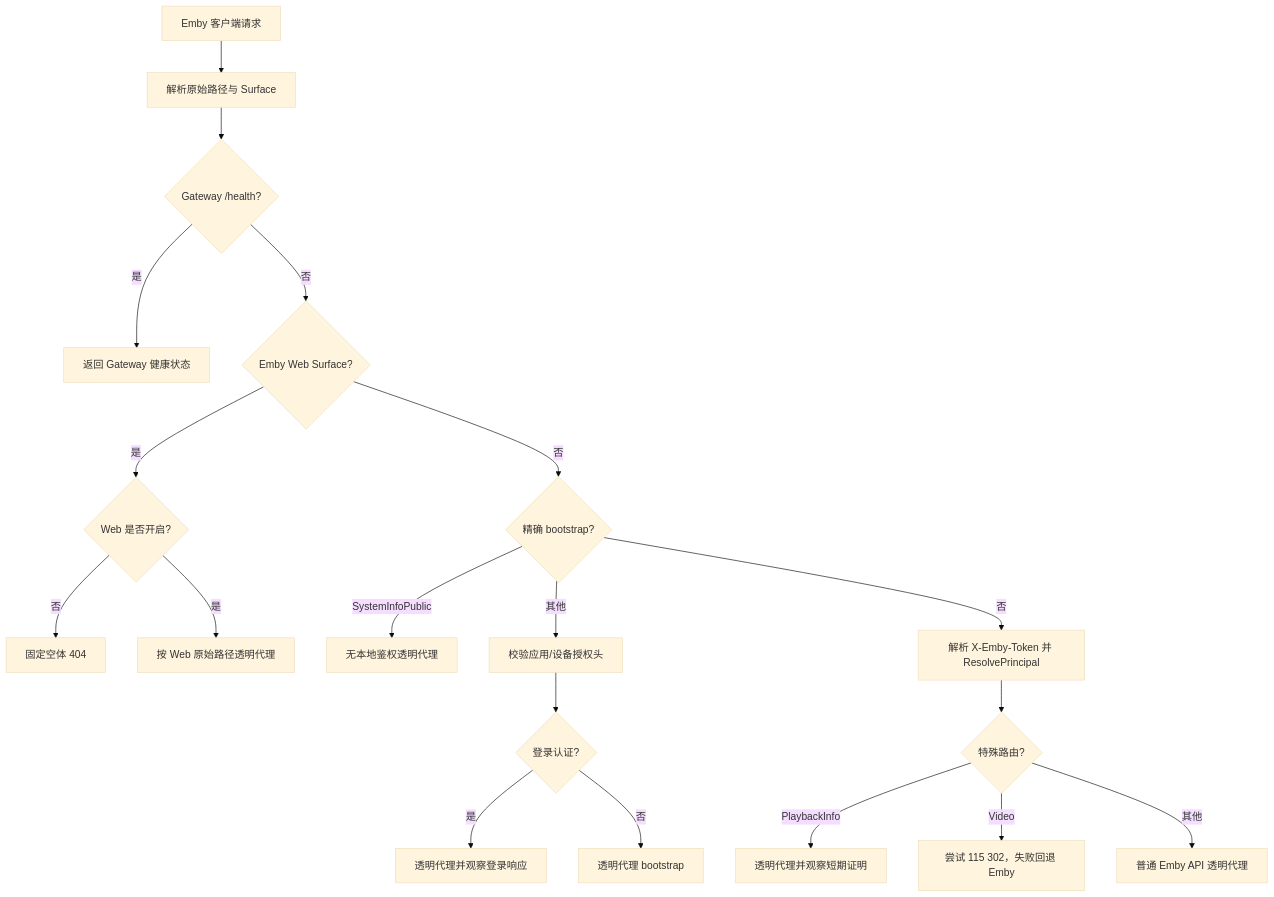
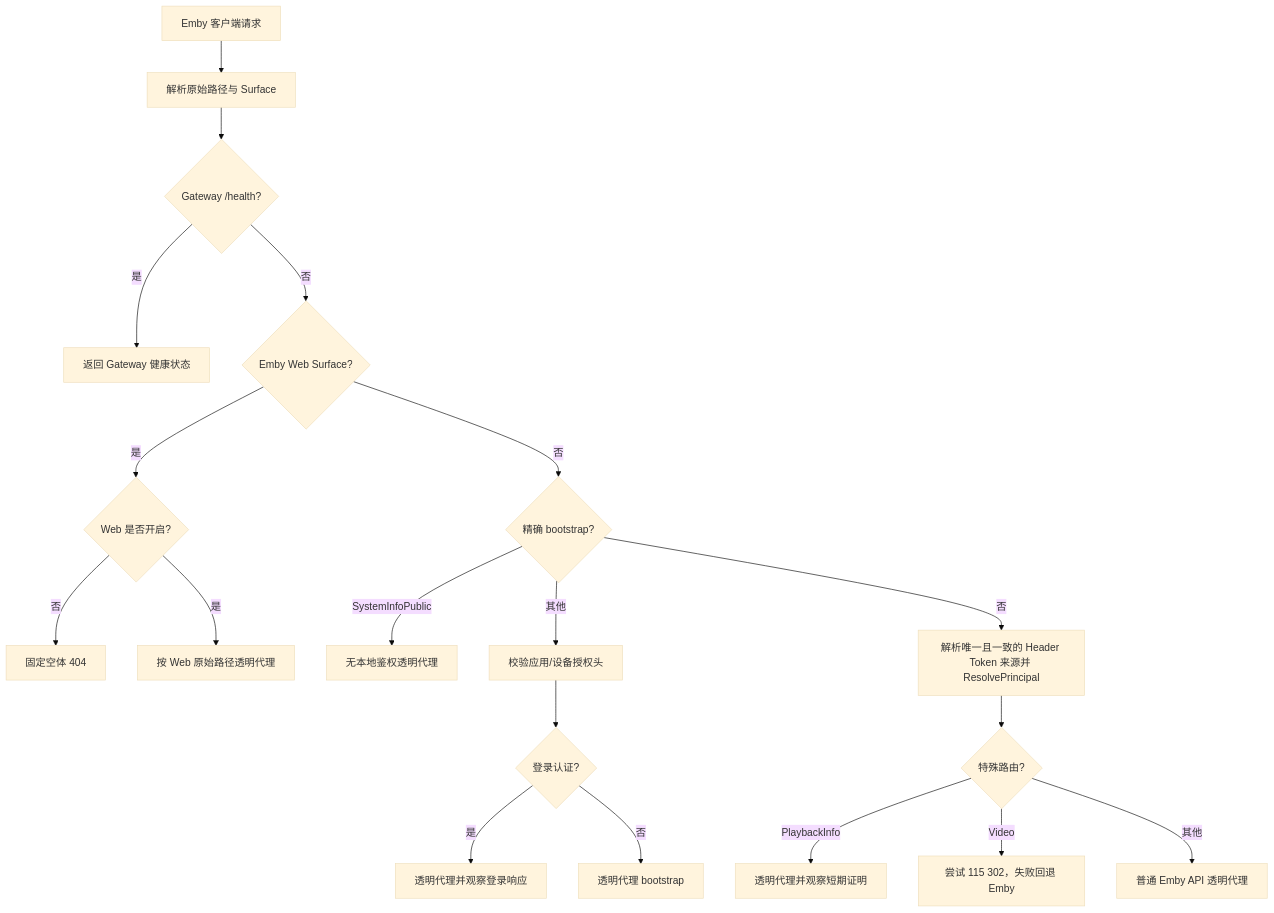
The first of 2 diagrams in docs/plan/architecture/ember-gateway-transparent-proxy-and-web-access.md (konghanghang/ember), drawn with Mermaid (base theme) before and after one commit. The commit also changed other lines of this file and 8 other files, not shown here.

````diff
--- a/docs/plan/architecture/ember-gateway-transparent-proxy-and-web-access.md
+++ b/docs/plan/architecture/ember-gateway-transparent-proxy-and-web-access.md
@@ -113,21 +116,21 @@
 ```mermaid
 flowchart TD
     Client[Emby 客户端请求] --> Normalize[解析原始路径与 Surface]
     Normalize --> Health{Gateway /health?}
     Health -- 是 --> HealthResponse[返回 Gateway 健康状态]
     Health -- 否 --> Web{Emby Web Surface?}
     Web -- 是 --> WebSwitch{Web 是否开启?}
     WebSwitch -- 否 --> NotFound[固定空体 404]
     WebSwitch -- 是 --> WebProxy[按 Web 原始路径透明代理]
     Web -- 否 --> Bootstrap{精确 bootstrap?}
     Bootstrap -- SystemInfoPublic --> BootstrapProxy[无本地鉴权透明代理]
     Bootstrap -- 其他 --> AppHeader[校验应用/设备授权头]
     AppHeader --> BootstrapRoute{登录认证?}
     BootstrapRoute -- 是 --> AuthObserve[透明代理并观察登录响应]
     BootstrapRoute -- 否 --> AuthenticatedBootstrapProxy[透明代理 bootstrap]
-    Bootstrap -- 否 --> Principal[解析 X-Emby-Token 并 ResolvePrincipal]
+    Bootstrap -- 否 --> Principal[解析唯一且一致的 Header Token 来源并 ResolvePrincipal]
     Principal --> Route{特殊路由?}
     Route -- PlaybackInfo --> ProofObserve[透明代理并观察短期证明]
     Route -- Video --> DirectPlay[尝试 115 302，失败回退 Emby]
     Route -- 其他 --> DefaultProxy[普通 Emby API 透明代理]
 ```
````
